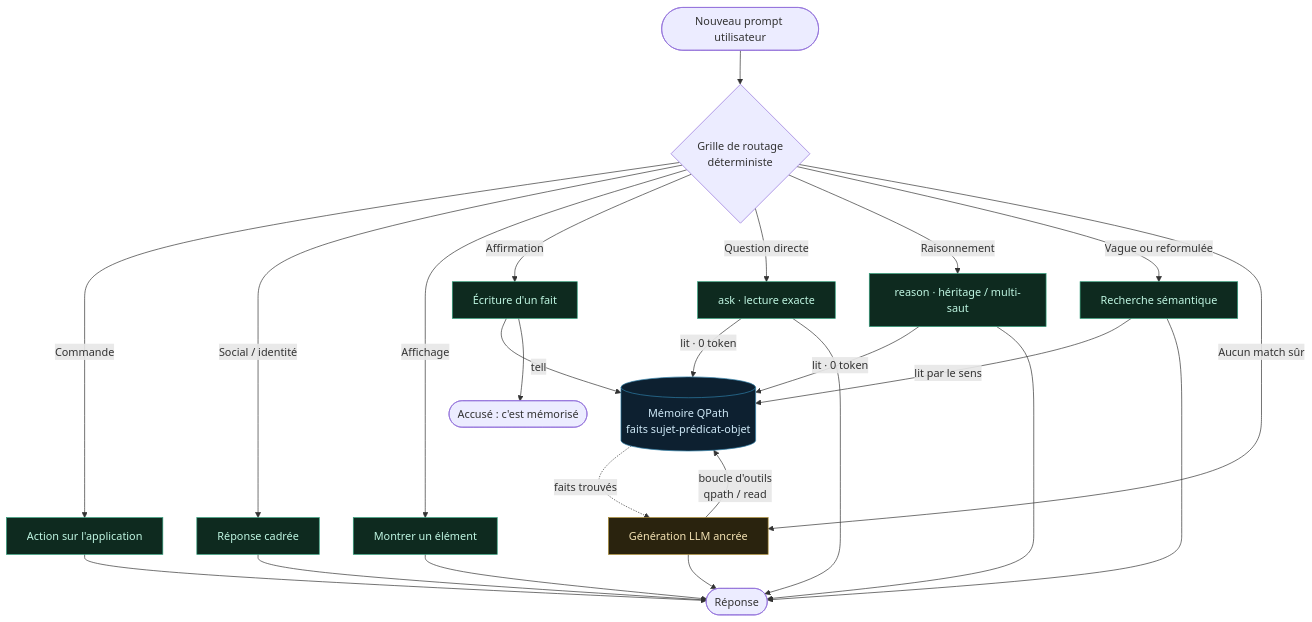
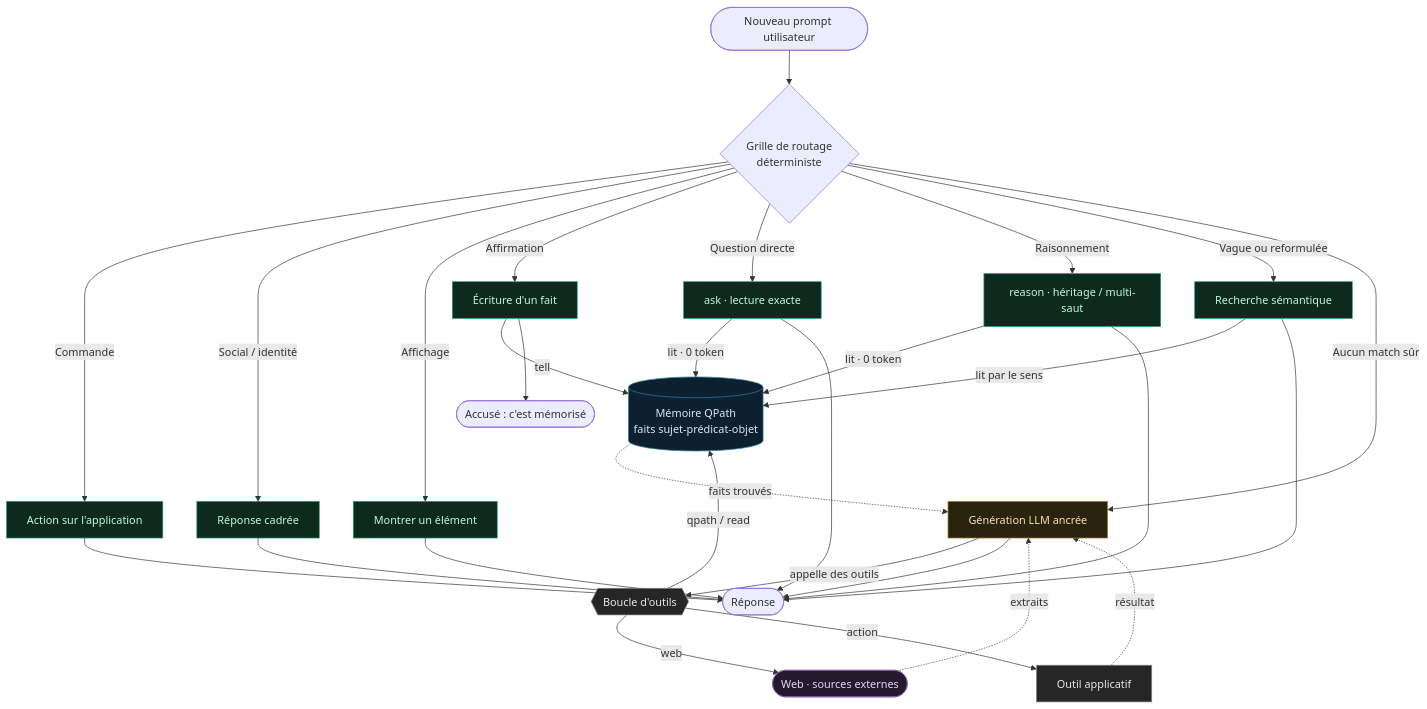
The diagram in prompt-lifecycle.md (bmarcella/libXn_Doc), drawn with Mermaid before and after one commit. The commit also changed other lines of this file and 1 other file, not shown here.

First line of the commit message:
docs(prompt-lifecycle): ajoute la recherche web et les outils à la boucle du LLM

````diff
--- a/prompt-lifecycle.md
+++ b/prompt-lifecycle.md
@@ -11,36 +11,45 @@
 ```mermaid
 flowchart TD
   U([Nouveau prompt utilisateur]) --> R{Grille de routage<br/>déterministe}
 
   R -->|Commande| CMD[Action sur l'application]
   R -->|Social / identité| SOC[Réponse cadrée]
   R -->|Affichage| DISP[Montrer un élément]
   R -->|Affirmation| WRITE[Écriture d'un fait]
   R -->|Question directe| ASK[ask · lecture exacte]
   R -->|Raisonnement| REASON[reason · héritage / multi-saut]
   R -->|Vague ou reformulée| RAG[Recherche sémantique]
   R -->|Aucun match sûr| LLM[Génération LLM ancrée]
 
   WRITE -->|tell| KB[("Mémoire QPath<br/>faits sujet-prédicat-objet")]
   ASK -->|lit · 0 token| KB
   REASON -->|lit · 0 token| KB
   RAG -->|lit par le sens| KB
-  LLM -->|boucle d'outils<br/>qpath / read| KB
+  LLM -->|appelle des outils| TL{{Boucle d'outils}}
+  TL -->|qpath / read| KB
+  TL -->|web| WEB([Web · sources externes])
+  TL -->|action| ACT[Outil applicatif]
   KB -.->|faits trouvés| LLM
+  WEB -.->|extraits| LLM
+  ACT -.->|résultat| LLM
 
   WRITE --> ACK([Accusé : c'est mémorisé])
   CMD --> OUT([Réponse])
   SOC --> OUT
   DISP --> OUT
   ASK --> OUT
   REASON --> OUT
   RAG --> OUT
   LLM --> OUT
 
   classDef zero fill:#0e2a1f,stroke:#2f9e7a,color:#bff6e2;
   classDef gen fill:#2a230e,stroke:#a98a2f,color:#f3e2b3;
   classDef mem fill:#0d2030,stroke:#2f7fa9,color:#cfe9f7;
+  classDef ext fill:#241a2e,stroke:#8a5cb0,color:#e6d4f5;
+  classDef tool fill:#262626,stroke:#888,color:#e6e6e6;
   class CMD,SOC,DISP,WRITE,ASK,REASON,RAG zero;
   class LLM gen;
   class KB mem;
+  class WEB ext;
+  class TL,ACT tool;
 ```
````
